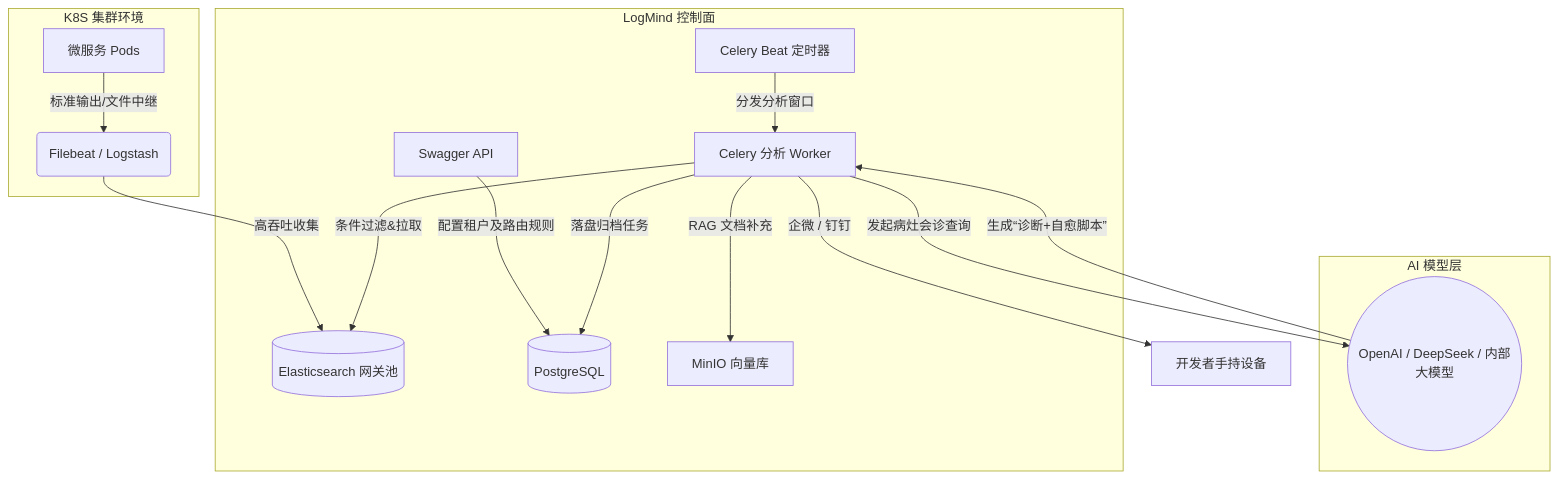
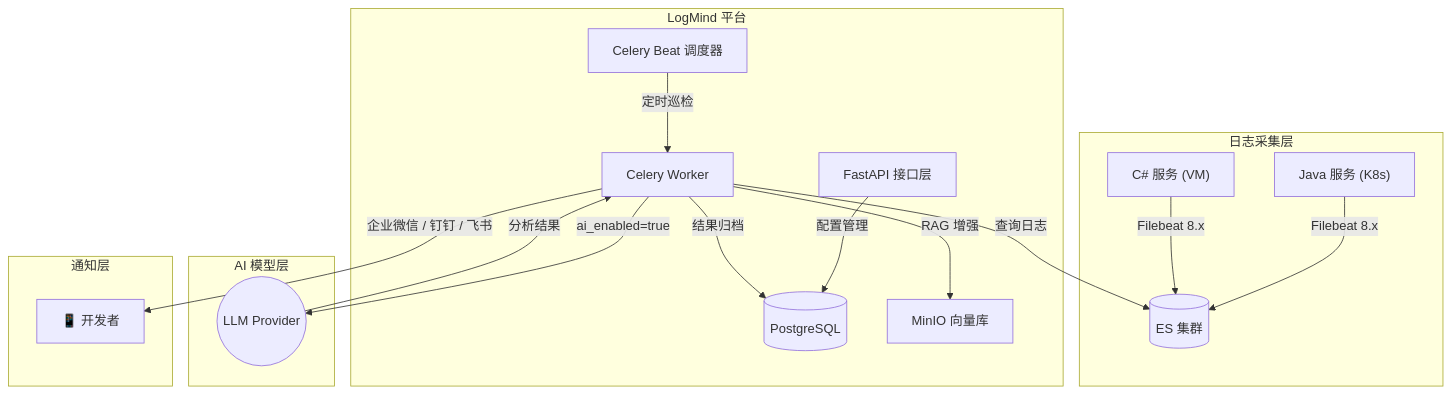
One commit to leeeway/LogMind changed the first of 2 diagrams in README.md. Above: the diagram before and after it, drawn with Mermaid. The commit also changed other lines of this file and 7 other files, not shown here.

````diff
--- a/README.md
+++ b/README.md
@@ -61,22 +81,25 @@
 ```mermaid
-graph TD;
-    subgraph K8S 集群环境
-        A[微服务 Pods] -->|标准输出/文件中继| B(Filebeat / Logstash)
+graph TD
+    subgraph 日志采集层
+        A["Java 服务 (K8s)"] -->|Filebeat 8.x| ES[(ES 集群)]
+        B["C# 服务 (VM)"] -->|Filebeat 8.x| ES
     end
-    B -->|高吞吐收集| C[(Elasticsearch 网关池)]
-    
-    subgraph LogMind 控制面
-        H[Swagger API] -->|配置租户及路由规则| I[(PostgreSQL)]
-        J[Celery Beat 定时器] -->|分发分析窗口| D[Celery 分析 Worker]
-        D -->|条件过滤&拉取| C
-        D -->|RAG 文档补充| E[MinIO 向量库]
+
+    subgraph LogMind 平台
+        API[FastAPI 接口层] -->|配置管理| DB[(PostgreSQL)]
+        Beat[Celery Beat 调度器] -->|定时巡检| Worker[Celery Worker]
+        Worker -->|查询日志| ES
+        Worker -->|RAG 增强| MinIO[MinIO 向量库]
     end
 
     subgraph AI 模型层
-        D -->|发起病灶会诊查询| F((OpenAI / DeepSeek / 内部大模型))
-        F -->|生成“诊断+自愈脚本”| D
+        Worker -->|"ai_enabled=true"| LLM((LLM Provider))
+        LLM -->|分析结果| Worker
     end
-    
-    D -->|企微 / 钉钉| G[开发者手持设备]
-    D -->|落盘归档任务| I
+
+    subgraph 通知层
+        Worker -->|"企业微信 / 钉钉 / 飞书"| Notify[📱 开发者]
+    end
+
+    Worker -->|结果归档| DB
 ```
````
